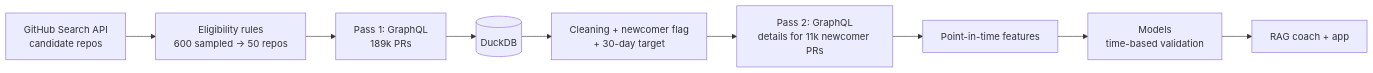
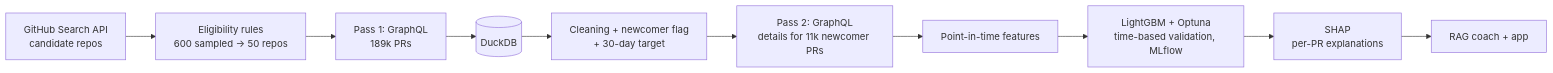
The diagram in README.md (ShamaKolhar/MergeMate), drawn with Mermaid before and after one commit. The commit also changed other lines of this file and 1 other file, not shown here.

Commit message:
Updated README and SHAP explainations

````diff
--- a/README.md
+++ b/README.md
@@ -35,11 +37,12 @@
 ```mermaid
 flowchart LR
     A[GitHub Search API<br/>candidate repos] --> B[Eligibility rules<br/>600 sampled → 50 repos]
     B --> C[Pass 1: GraphQL<br/>189k PRs]
     C --> D[(DuckDB)]
     D --> E[Cleaning + newcomer flag<br/>+ 30-day target]
     E --> F[Pass 2: GraphQL<br/>details for 11k newcomer PRs]
     F --> G[Point-in-time features]
-    G --> H[Models<br/>time-based validation]
-    H --> I[RAG coach + app]
+    G --> H[LightGBM + Optuna<br/>time-based validation, MLflow]
+    H --> X[SHAP<br/>per-PR explanations]
+    X --> I[RAG coach + app]
 ```
````
